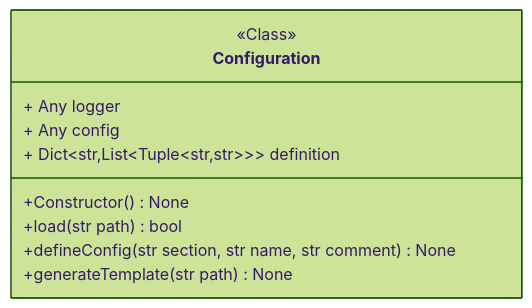
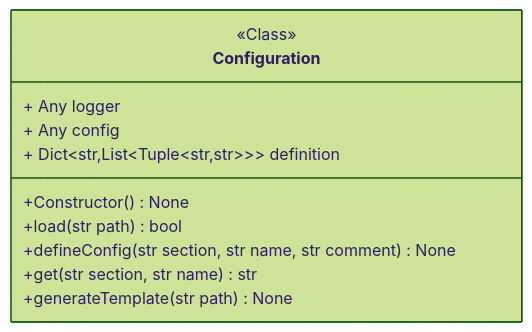
One commit to miong/pycodeanalyzer changed the diagram in docs/source/code/diagrams/pycodeanalyzer_core_configuration_configuration_Configuration.mmd. Above: the diagram before and after it, drawn with Mermaid (forest theme). The commit also changed 8 other files, not shown here.

```diff
--- a/docs/source/code/diagrams/pycodeanalyzer_core_configuration_configuration_Configuration.mmd
+++ b/docs/source/code/diagrams/pycodeanalyzer_core_configuration_configuration_Configuration.mmd
@@ -1,11 +1,12 @@
 classDiagram
 class Configuration {
 <<Class>>
 + Any logger
 + Any config
 + Dict&lt;str,List&lt;Tuple&lt;str,str&gt;&gt;&gt; definition
 +Constructor() None
 +load(str path) bool
 +defineConfig(str section, str name, str comment) None
++get(str section, str name) str
 +generateTemplate(str path) None
 }
```
